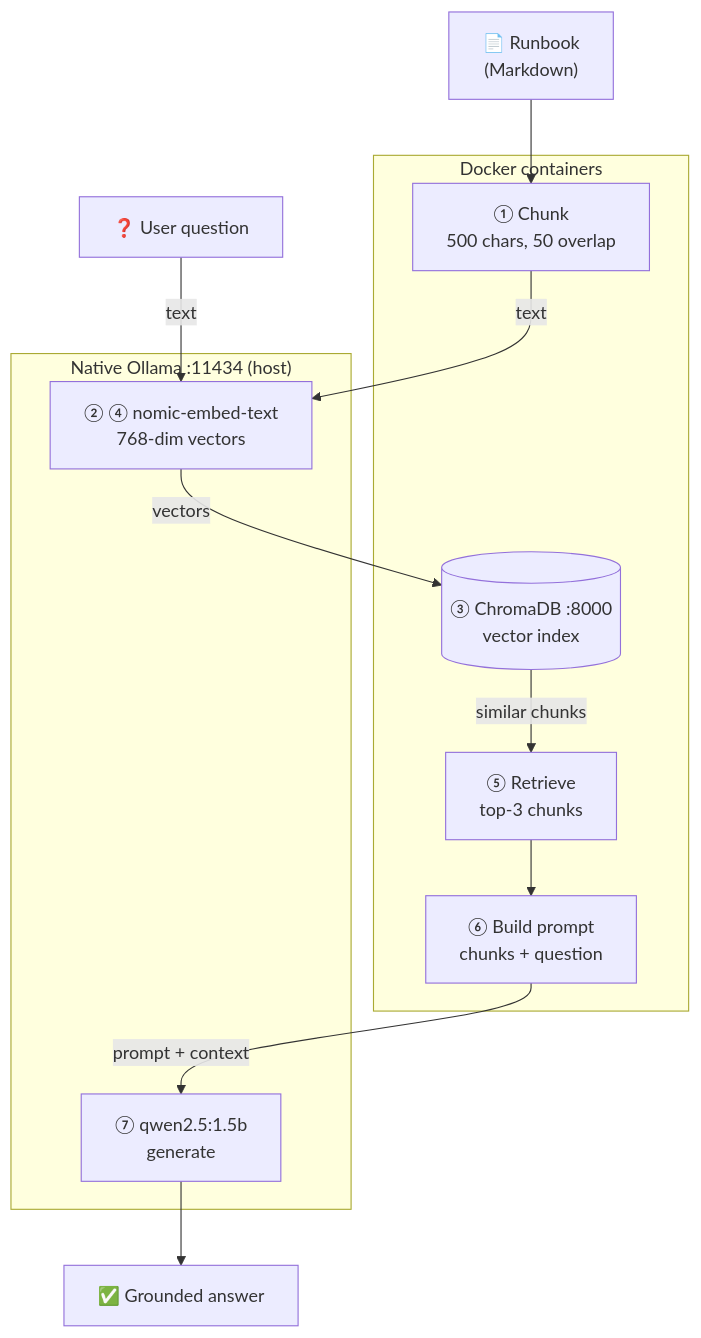
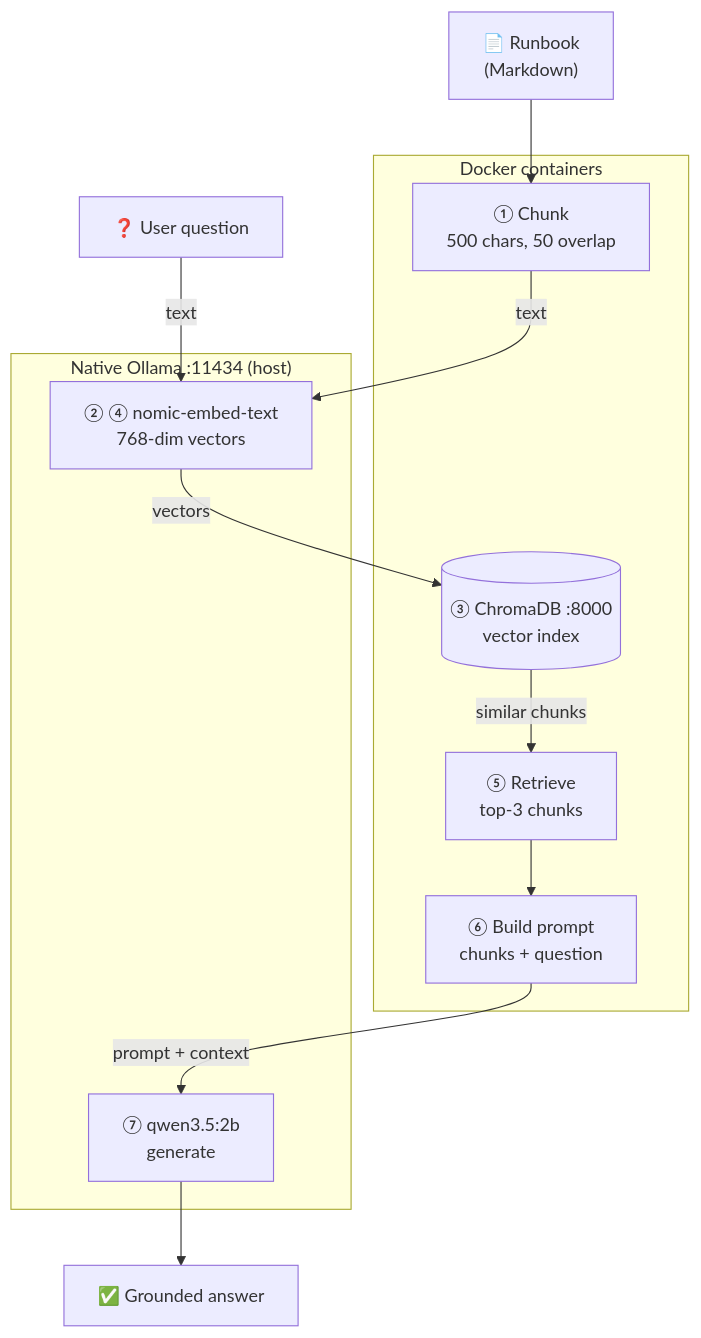
The diagram in site/docs/m5-naive-rag/lesson.md (schoolofdevops/303-containerai), drawn with Mermaid before and after one commit. The commit also changed other lines of this file and 54 other files, not shown here.

````diff
--- a/site/docs/m5-naive-rag/lesson.md
+++ b/site/docs/m5-naive-rag/lesson.md
@@ -77,27 +77,27 @@
 ```mermaid
 flowchart TD
     DOC["📄 Runbook\n(Markdown)"]
     Q["❓ User question"]
     ANS["✅ Grounded answer"]
 
     subgraph containers["Docker containers"]
         CHUNK["① Chunk\n500 chars, 50 overlap"]
         CHROMA[("③ ChromaDB :8000\nvector index")]
         RETRIEVE["⑤ Retrieve\ntop-3 chunks"]
         AUGMENT["⑥ Build prompt\nchunks + question"]
     end
 
     subgraph native["Native Ollama :11434 (host)"]
         EMBED["② ④ nomic-embed-text\n768-dim vectors"]
-        GEN["⑦ qwen2.5:1.5b\ngenerate"]
+        GEN["⑦ qwen3.5:2b\ngenerate"]
     end
 
     DOC --> CHUNK
     CHUNK -->|"text"| EMBED
     EMBED -->|"vectors"| CHROMA
     Q -->|"text"| EMBED
     CHROMA -->|"similar chunks"| RETRIEVE
     RETRIEVE --> AUGMENT
     AUGMENT -->|"prompt + context"| GEN
     GEN --> ANS
 ```
````
